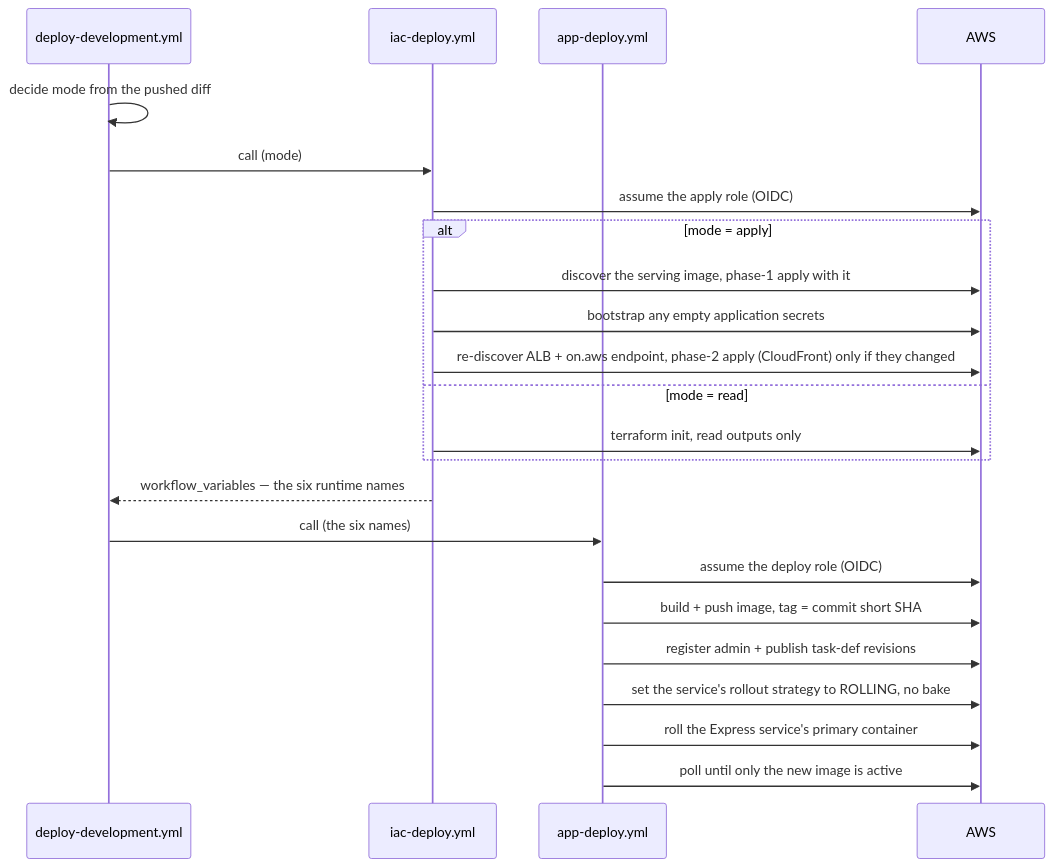
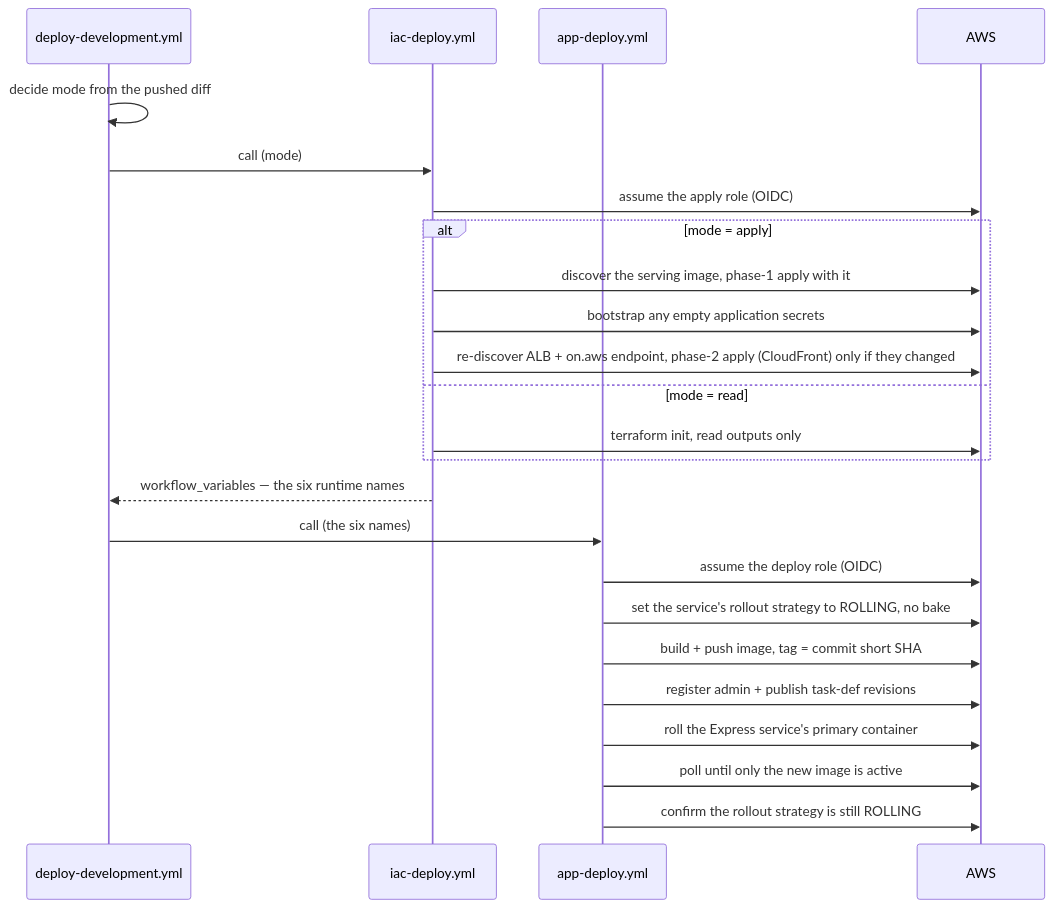
One commit to NASA-IMPACT/MMGIS changed the first of 2 diagrams in docs/infrastructure/pipelines.md. Above: the diagram before and after it, drawn with Mermaid. The commit also changed other lines of this file and 4 other files, not shown here.

First line of the commit message:
Set ROLLING before the build, verify it after the roll, fence UpdateService

````diff
--- a/docs/infrastructure/pipelines.md
+++ b/docs/infrastructure/pipelines.md
@@ -39,26 +39,27 @@
 ```mermaid
 sequenceDiagram
     participant T as deploy-development.yml
     participant I as iac-deploy.yml
     participant A as app-deploy.yml
     participant AWS as AWS
 
     T->>T: decide mode from the pushed diff
     T->>I: call (mode)
     I->>AWS: assume the apply role (OIDC)
     alt mode = apply
         I->>AWS: discover the serving image, phase-1 apply with it
         I->>AWS: bootstrap any empty application secrets
         I->>AWS: re-discover ALB + on.aws endpoint, phase-2 apply (CloudFront) only if they changed
     else mode = read
         I->>AWS: terraform init, read outputs only
     end
     I-->>T: workflow_variables — the six runtime names
     T->>A: call (the six names)
     A->>AWS: assume the deploy role (OIDC)
+    A->>AWS: set the service's rollout strategy to ROLLING, no bake
     A->>AWS: build + push image, tag = commit short SHA
     A->>AWS: register admin + publish task-def revisions
-    A->>AWS: set the service's rollout strategy to ROLLING, no bake
     A->>AWS: roll the Express service's primary container
     A->>AWS: poll until only the new image is active
+    A->>AWS: confirm the rollout strategy is still ROLLING
 ```
````
